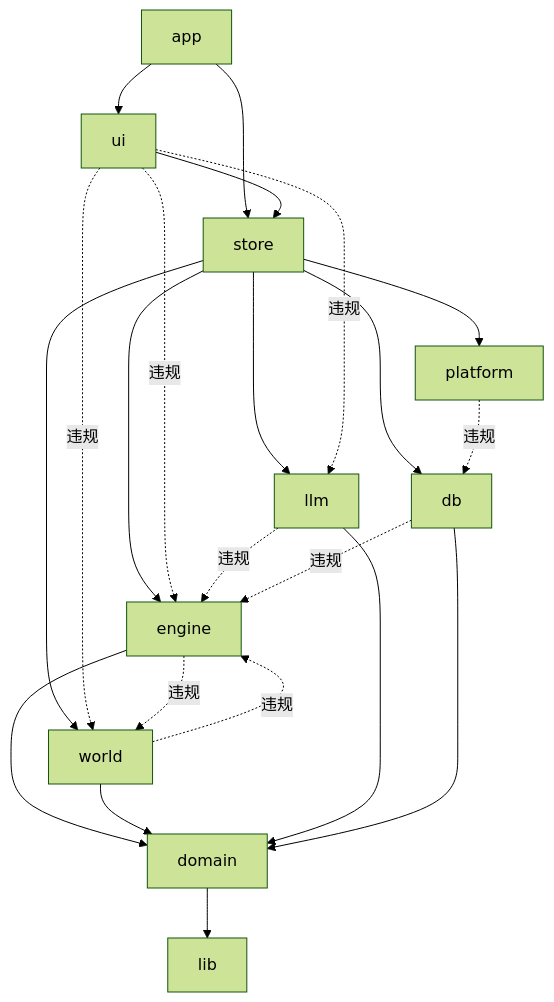
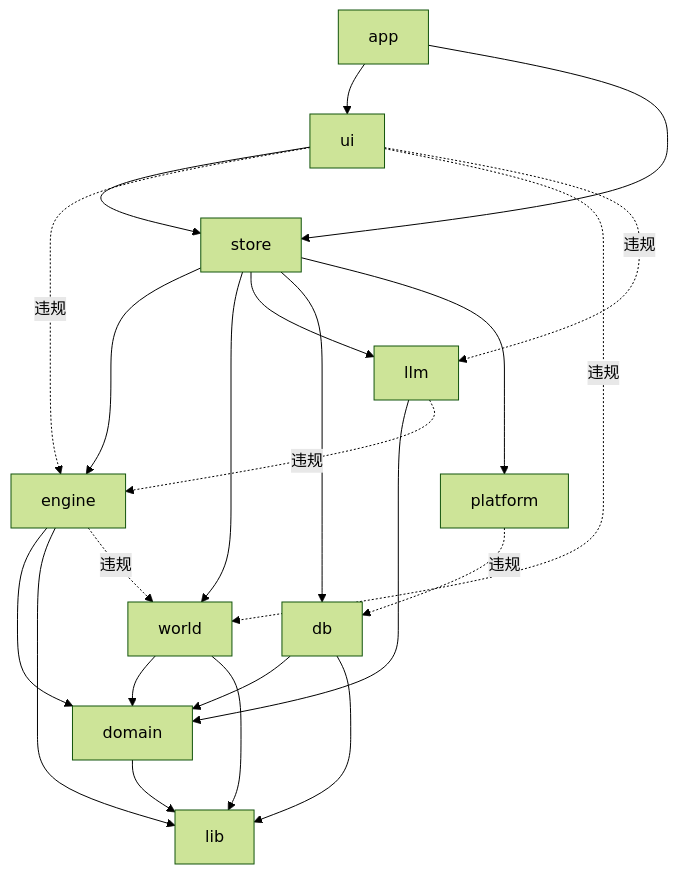
The second of 4 diagrams in docs/architecture/overview.md (Roulandu/rpg_life_game), drawn with Mermaid (forest theme) before and after one commit. The commit also changed other lines of this file and 21 other files, not shown here.

First line of the commit message:
refactor(lib): 随机数与哈希工具下沉 lib，斩断 engine↔world 循环

````diff
--- a/docs/architecture/overview.md
+++ b/docs/architecture/overview.md
@@ -102,24 +102,25 @@
 ```mermaid
 flowchart TD
   APP[app] --> UI[ui]
   APP --> STORE[store]
   UI --> STORE
   STORE --> ENGINE[engine]
   STORE --> WORLD[world]
   STORE --> LLM[llm]
   STORE --> DB[db]
   STORE --> PLATFORM[platform]
   ENGINE --> DOMAIN[domain]
   WORLD --> DOMAIN
   LLM --> DOMAIN
   DB --> DOMAIN
   DOMAIN --> LIB[lib]
+  ENGINE --> LIB
+  WORLD --> LIB
+  DB --> LIB
   UI -.违规.-> ENGINE
   UI -.违规.-> WORLD
   UI -.违规.-> LLM
   ENGINE -.违规.-> WORLD
-  WORLD -.违规.-> ENGINE
   LLM -.违规.-> ENGINE
-  DB -.违规.-> ENGINE
   PLATFORM -.违规.-> DB
 ```
````
